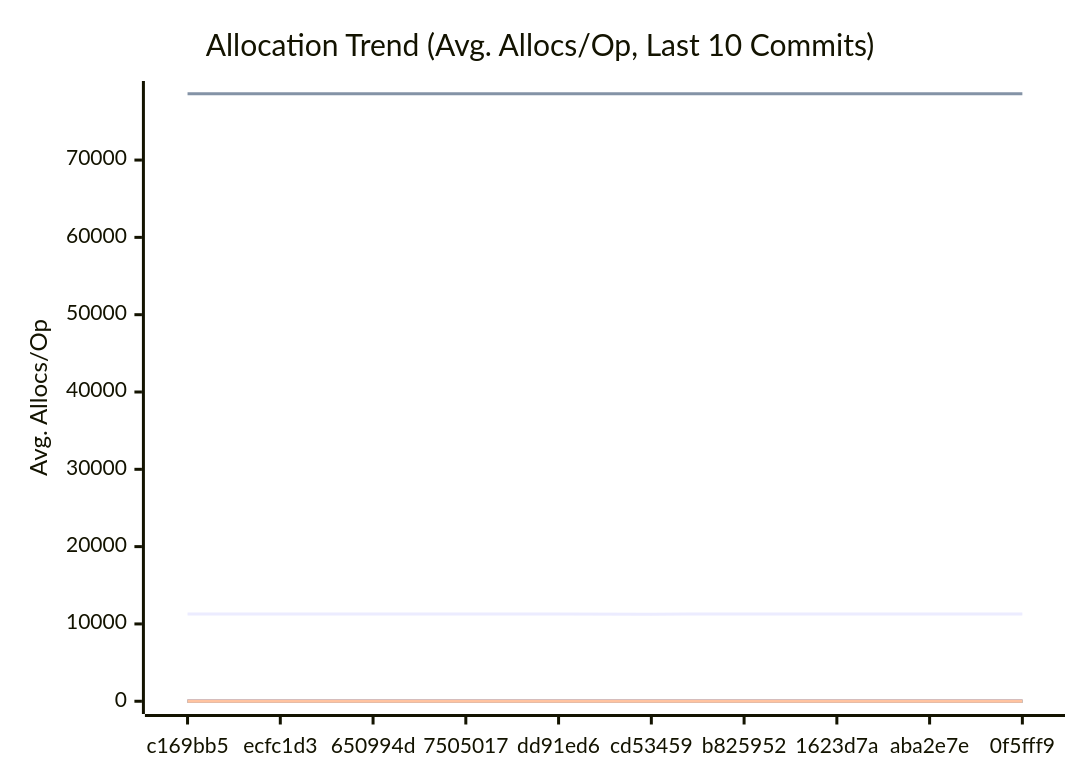
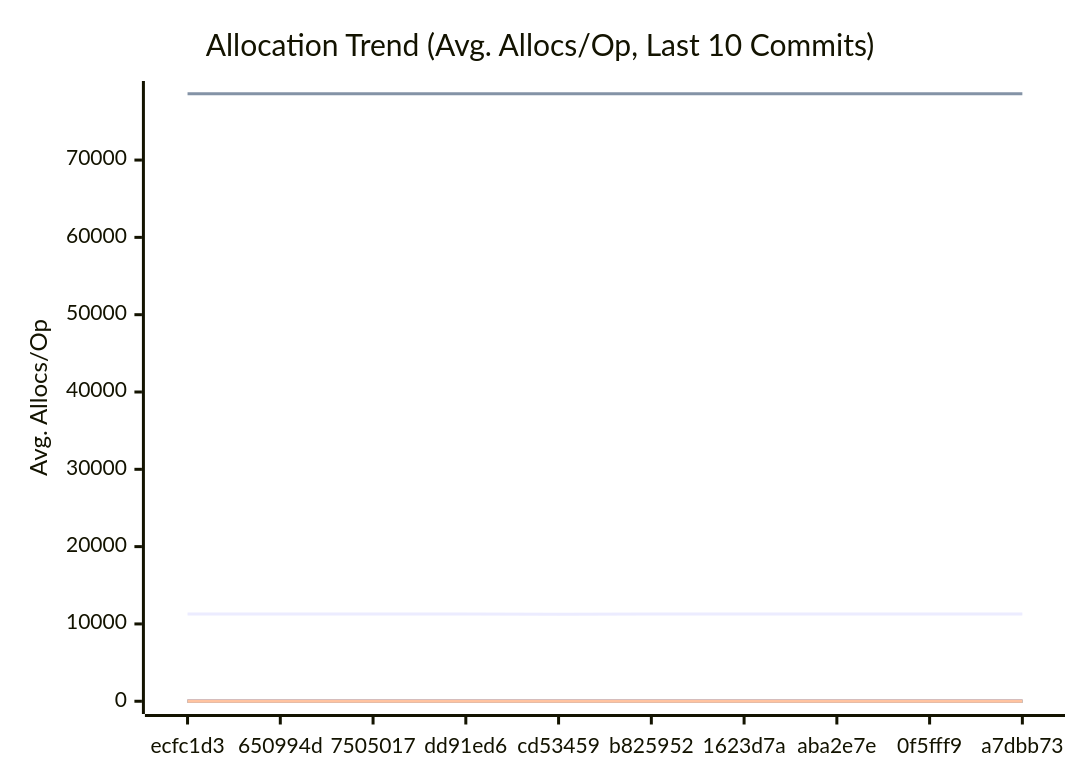
One commit to alsotoes/momo changed the third of 3 diagrams in docs/PERFORMANCE.md. Above: the diagram before and after it, drawn with Mermaid. The commit also changed other lines of this file and 10 other files, not shown here.

````diff
--- a/docs/PERFORMANCE.md
+++ b/docs/PERFORMANCE.md
@@ -197,20 +197,20 @@
 ```mermaid
 xychart-beta
     title "Allocation Trend (Avg. Allocs/Op, Last 10 Commits)"
     x-axis "Commit"
     y-axis "Avg. Allocs/Op"
-    x-axis [c169bb5,ecfc1d3,650994d,7505017,dd91ed6,cd53459,b825952,1623d7a,aba2e7e,0f5fff9]
-    line "AWSChunkedReaderSigned" [11276,11273,11274,11278,11271,11265,11282,11278,11284,11272]
-    line "AWSChunkedReaderUnsigned" [78564,78563,78571,78563,78564,78564,78577,78562,78561,78569]
+    x-axis [ecfc1d3,650994d,7505017,dd91ed6,cd53459,b825952,1623d7a,aba2e7e,0f5fff9,a7dbb73]
+    line "AWSChunkedReaderSigned" [11273,11274,11278,11271,11265,11282,11278,11284,11272,11270]
+    line "AWSChunkedReaderUnsigned" [78563,78571,78563,78564,78564,78577,78562,78561,78569,78563]
     line "CheckMetricsAndSwap" [0,0,0,0,0,0,0,0,0,0]
     line "CrushOptimized" [0,0,0,0,0,0,0,0,0,0]
     line "CrushOriginal" [3,3,3,3,3,3,3,3,3,3]
     line "IndexDirectTracking" [0,0,0,0,0,0,0,0,0,0]
     line "IndexSearch" [0,0,0,0,0,0,0,0,0,0]
     line "LoadGlobalConfig" [54,54,54,54,54,54,54,54,54,54]
     line "PadString" [1,1,1,1,1,1,1,1,1,1]
     line "ParseReplicationOrder_NoPrealloc" [6,6,6,6,6,5,5,5,5,5]
     line "ParseReplicationOrder_Prealloc" [2,2,2,2,2,1,1,1,1,1]
     line "SanitizeLog/Safe" [0,0,0,0,0,0,0,0,0,0]
     line "SanitizeLog/Unsafe" [1,1,1,1,1,1,1,1,1,1]
 ```
````
